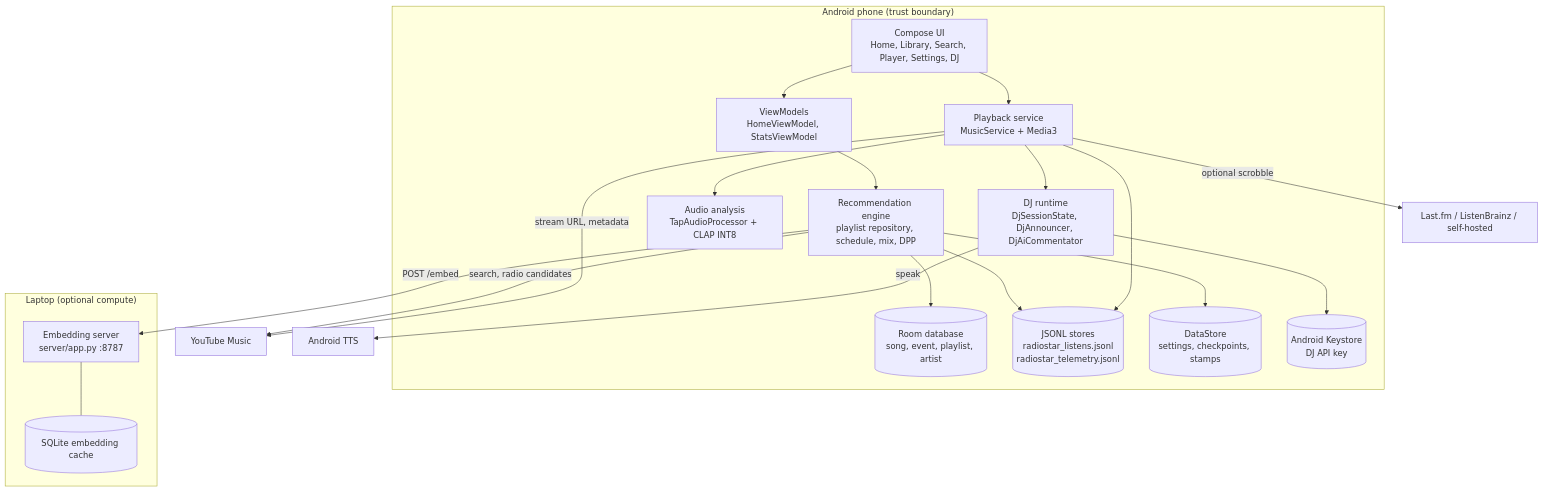
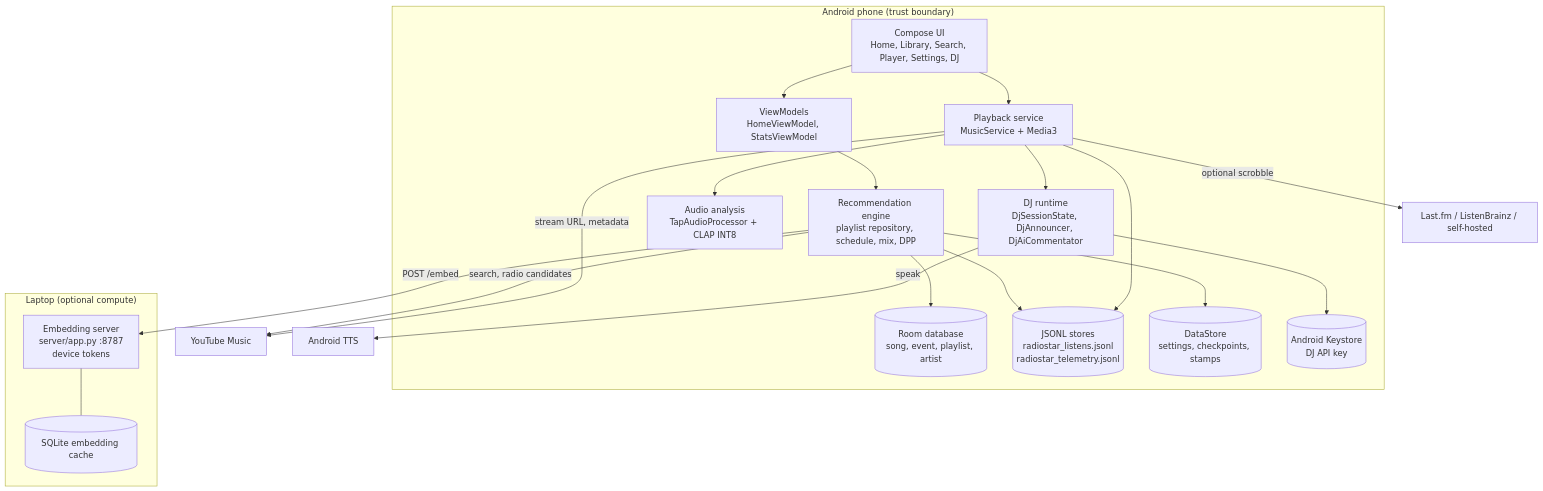
One commit to nzzrs/radiostar changed the second of 11 diagrams in docs/c4-model.md. Above: the diagram before and after it, drawn with Mermaid. The commit also changed other lines of this file and 31 other files, not shown here.

Commit message:
feat(auth): secure embedding server with device tokens

````diff
--- a/docs/c4-model.md
+++ b/docs/c4-model.md
@@ -87,41 +87,41 @@
 ```mermaid
 flowchart TB
     subgraph Phone["Android phone (trust boundary)"]
         UI["Compose UI<br/>Home, Library, Search, Player, Settings, DJ"]
         VM["ViewModels<br/>HomeViewModel, StatsViewModel"]
         REC["Recommendation engine<br/>playlist repository, schedule, mix, DPP"]
         PLAY["Playback service<br/>MusicService + Media3"]
         ANA["Audio analysis<br/>TapAudioProcessor + CLAP INT8"]
         DJ["DJ runtime<br/>DjSessionState, DjAnnouncer, DjAiCommentator"]
         DB[("Room database<br/>song, event, playlist, artist")]
         JSON[("JSONL stores<br/>radiostar_listens.jsonl<br/>radiostar_telemetry.jsonl")]
         DS[("DataStore<br/>settings, checkpoints, stamps")]
         KS[("Android Keystore<br/>DJ API key")]
     end
 
     subgraph Laptop["Laptop (optional compute)"]
-        SRV["Embedding server<br/>server/app.py :8787"]
+        SRV["Embedding server<br/>server/app.py :8787<br/>device tokens"]
         CACHE[("SQLite embedding cache")]
     end
 
     YT["YouTube Music"]
     SC["Last.fm / ListenBrainz / self-hosted"]
     TTS["Android TTS"]
 
     UI --> VM
     UI --> PLAY
     VM --> REC
     PLAY --> ANA
     PLAY --> DJ
     REC --> DB
     REC --> JSON
     REC --> DS
     REC -->|"POST /embed"| SRV
     REC -->|"search, radio candidates"| YT
     PLAY -->|"stream URL, metadata"| YT
     PLAY -->|"optional scrobble"| SC
     PLAY --> JSON
     DJ -->|"speak"| TTS
     DJ --> KS
     SRV --- CACHE
 ```
````
